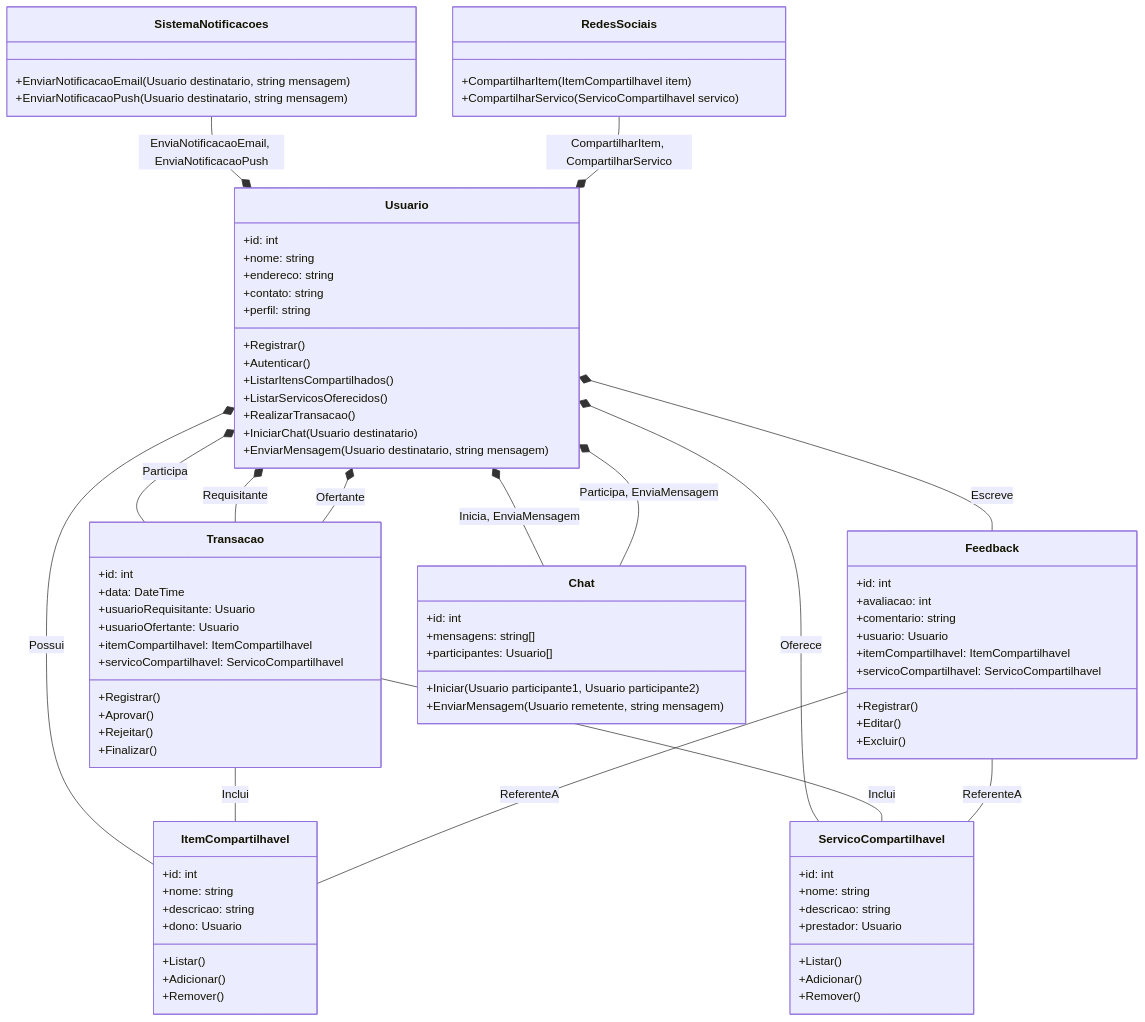
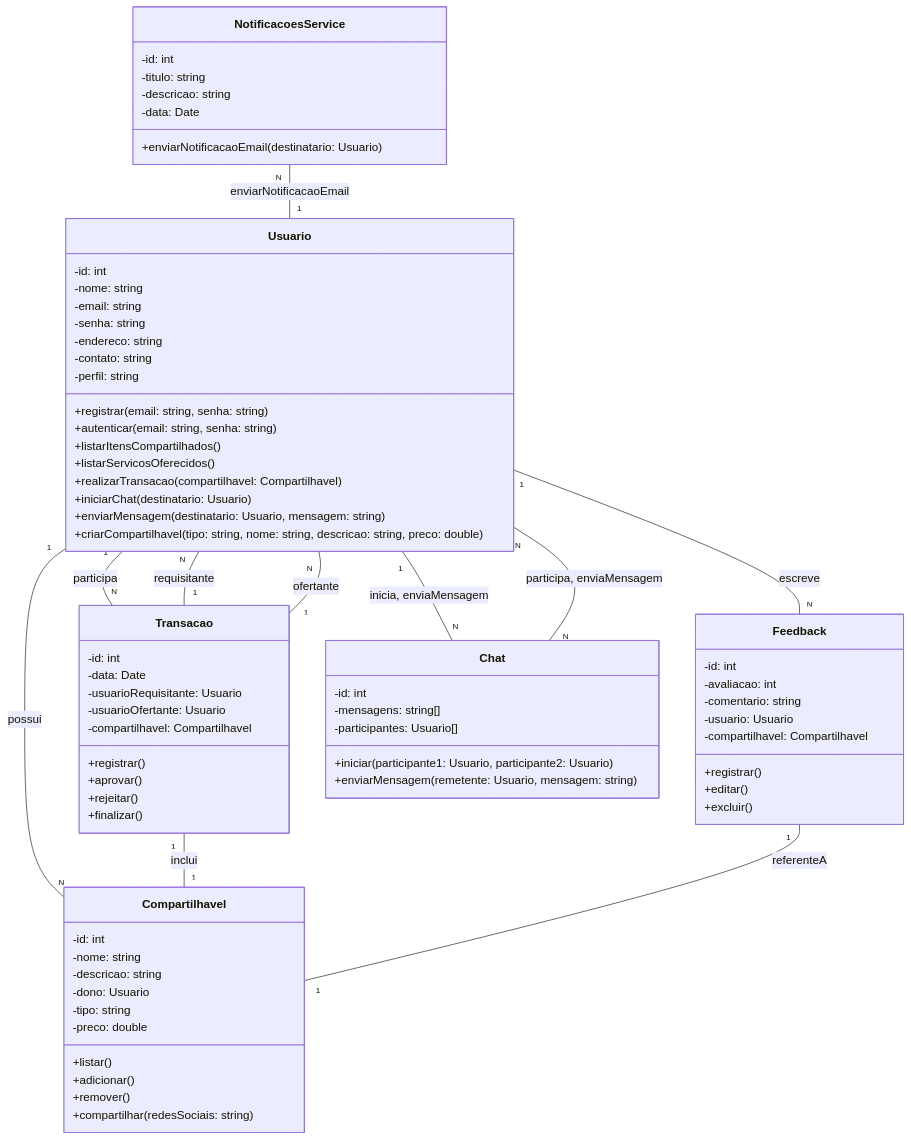
One commit to pedromotta462/ComUniShare changed the diagram in README.md. Above: the diagram before and after it, drawn with Mermaid.

````diff
--- a/README.md
+++ b/README.md
@@ -13,96 +13,84 @@
 ```mermaid
 classDiagram
   class Usuario {
-    +id: int
-    +nome: string
-    +endereco: string
-    +contato: string
-    +perfil: string
-    +Registrar()
-    +Autenticar()
-    +ListarItensCompartilhados()
-    +ListarServicosOferecidos()
-    +RealizarTransacao()
-    +IniciarChat(Usuario destinatario)
-    +EnviarMensagem(Usuario destinatario, string mensagem)
+    -id: int
+    -nome: string
+    -email: string
+    -senha: string
+    -endereco: string
+    -contato: string
+    -perfil: string
+    +registrar(email: string, senha: string)
+    +autenticar(email: string, senha: string)
+    +listarItensCompartilhados()
+    +listarServicosOferecidos()
+    +realizarTransacao(compartilhavel: Compartilhavel)
+    +iniciarChat(destinatario: Usuario)
+    +enviarMensagem(destinatario: Usuario, mensagem: string)
+    +criarCompartilhavel(tipo: string, nome: string, descricao: string, preco: double)
   }
 
-  class ItemCompartilhavel {
-    +id: int
-    +nome: string
-    +descricao: string
-    +dono: Usuario
-    +Listar()
-    +Adicionar()
-    +Remover()
-  }
-
-  class ServicoCompartilhavel {
-    +id: int
-    +nome: string
-    +descricao: string
-    +prestador: Usuario
-    +Listar()
-    +Adicionar()
-    +Remover()
+  class Compartilhavel {
+    -id: int
+    -nome: string
+    -descricao: string
+    -dono: Usuario
+    -tipo: string
+    -preco: double
+    +listar()
+    +adicionar()
+    +remover()
+    +compartilhar(redesSociais: string)
   }
 
   class Transacao {
-    +id: int
-    +data: DateTime
-    +usuarioRequisitante: Usuario
-    +usuarioOfertante: Usuario
-    +itemCompartilhavel: ItemCompartilhavel
-    +servicoCompartilhavel: ServicoCompartilhavel
-    +Registrar()
-    +Aprovar()
-    +Rejeitar()
-    +Finalizar()
+    -id: int
+    -data: Date
+    -usuarioRequisitante: Usuario
+    -usuarioOfertante: Usuario
+    -compartilhavel: Compartilhavel
+    +registrar()
+    +aprovar()
+    +rejeitar()
+    +finalizar()
   }
 
   class Feedback {
-    +id: int
-    +avaliacao: int
-    +comentario: string
-    +usuario: Usuario
-    +itemCompartilhavel: ItemCompartilhavel
-    +servicoCompartilhavel: ServicoCompartilhavel
-    +Registrar()
-    +Editar()
-    +Excluir()
+    -id: int
+    -avaliacao: int
+    -comentario: string
+    -usuario: Usuario
+    -compartilhavel: Compartilhavel
+    +registrar()
+    +editar()
+    +excluir()
   }
 
   class Chat {
-    +id: int
-    +mensagens: string[]
-    +participantes: Usuario[]
-    +Iniciar(Usuario participante1, Usuario participante2)
-    +EnviarMensagem(Usuario remetente, string mensagem)
+    -id: int
+    -mensagens: string[]
+    -participantes: Usuario[]
+    +iniciar(participante1: Usuario, participante2: Usuario)
+    +enviarMensagem(remetente: Usuario, mensagem: string)
   }
 
-  class SistemaNotificacoes {
-    +EnviarNotificacaoEmail(Usuario destinatario, string mensagem)
-    +EnviarNotificacaoPush(Usuario destinatario, string mensagem)
+  class NotificacoesService {
+    -id: int
+    -titulo: string
+    -descricao: string
+    -data: Date
+    +enviarNotificacaoEmail(destinatario: Usuario)
   }
 
-  class RedesSociais {
-    +CompartilharItem(ItemCompartilhavel item)
-    +CompartilharServico(ServicoCompartilhavel servico)
-  }
-
-  Usuario *-- ItemCompartilhavel : Possui
-  Usuario *-- ServicoCompartilhavel : Oferece
-  Usuario *-- Transacao : Participa
-  Usuario *-- Feedback : Escreve
-  Usuario *-- Chat : Inicia, EnviaMensagem
-  Transacao -- ItemCompartilhavel : Inclui
-  Transacao -- ServicoCompartilhavel : Inclui
-  Transacao --* Usuario : Requisitante
-  Transacao --* Usuario : Ofertante
-  Feedback -- ItemCompartilhavel : ReferenteA
-  Feedback -- ServicoCompartilhavel : ReferenteA
-  Chat --* Usuario : Participa, EnviaMensagem
-  SistemaNotificacoes --* Usuario : EnviaNotificacaoEmail, EnviaNotificacaoPush
-  RedesSociais --* Usuario : CompartilharItem, CompartilharServico
+  Usuario "1" -- "N" Compartilhavel : possui
+  Usuario "1" -- "N" Transacao : participa
+  Usuario "1" -- "N" Feedback : escreve
+  Usuario "1" -- "N" Chat : inicia, enviaMensagem
+  Transacao "1" -- "1" Compartilhavel : inclui
+  Transacao "1" -- "N" Usuario : requisitante
+  Transacao "1" -- "N" Usuario : ofertante
+  Feedback "1" -- "1" Compartilhavel : referenteA
+  Chat "N" -- "N" Usuario : participa, enviaMensagem
+  NotificacoesService "N" -- "1" Usuario : enviarNotificacaoEmail
 
 ```
````
